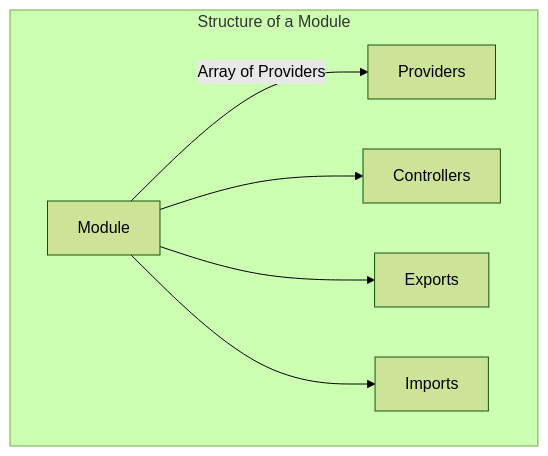
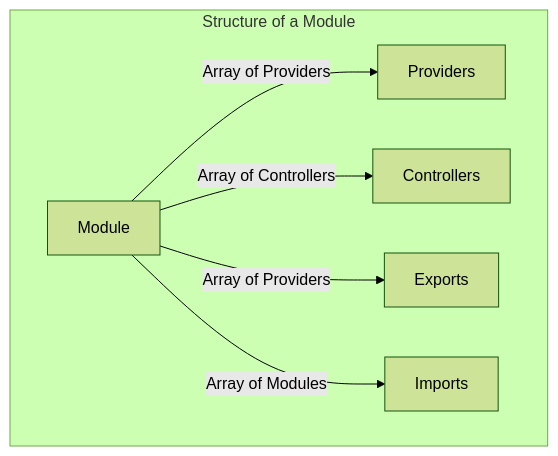
Before and after one commit to albin-joseph/myjslearnings: the first of 3 diagrams in nestjs/README.md, drawn with Mermaid (forest theme).

Commit message:
update nestjs document

````diff
--- a/nestjs/README.md
+++ b/nestjs/README.md
@@ -57,16 +57,16 @@
     ``` mermaid
         flowchart TD;
             subgraph Structure of a Module
             step1["Module"]
             step2["Providers"]
             step1 --> | Array of Providers | step2
             step3["Controllers"]
-             step1 --> step3
+             step1 --> | Array of Controllers | step3
             step4["Exports"]
-             step1 --> step4
+             step1 --> | Array of Providers | step4
             step5["Imports"]
-             step1 --> step5
+             step1 --> | Array of Modules | step5
             end
         
 
     ```
````
